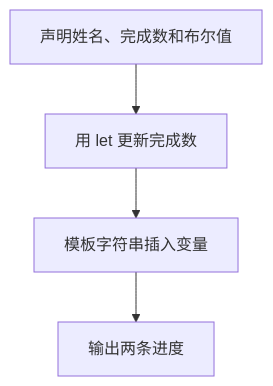
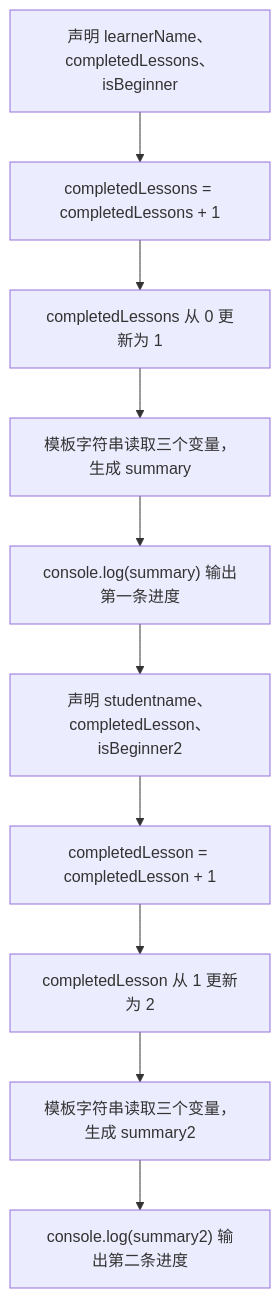
The diagram in beginner/docs/day01/README.md (zoran-sid/Typescript_practice), drawn with Mermaid before and after one commit. The commit also changed 56 other files, not shown here.

````diff
--- a/beginner/docs/day01/README.md
+++ b/beginner/docs/day01/README.md
@@ -111,7 +111,13 @@
 ```mermaid
 flowchart TD
-  A["声明姓名、完成数和布尔值"] --> B
-  B["用 let 更新完成数"] --> C
-  C["模板字符串插入变量"] --> D
-  D["输出两条进度"]
+  A["声明 learnerName、completedLessons、isBeginner"] --> B
+  B["completedLessons = completedLessons + 1"] --> C
+  C["completedLessons 从 0 更新为 1"] --> D
+  D["模板字符串读取三个变量，生成 summary"] --> E
+  E["console.log(summary) 输出第一条进度"] --> F
+  F["声明 studentname、completedLesson、isBeginner2"] --> G
+  G["completedLesson = completedLesson + 1"] --> H
+  H["completedLesson 从 1 更新为 2"] --> I
+  I["模板字符串读取三个变量，生成 summary2"] --> J
+  J["console.log(summary2) 输出第二条进度"]
 ```
````
